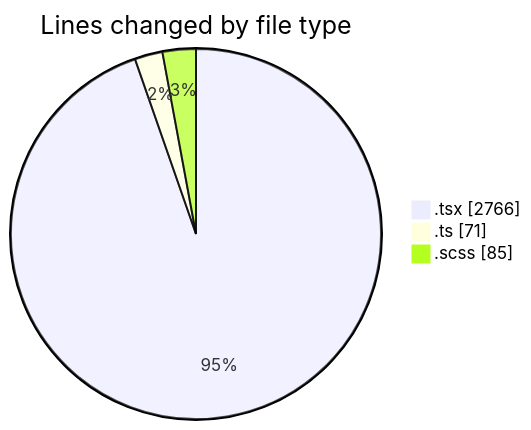
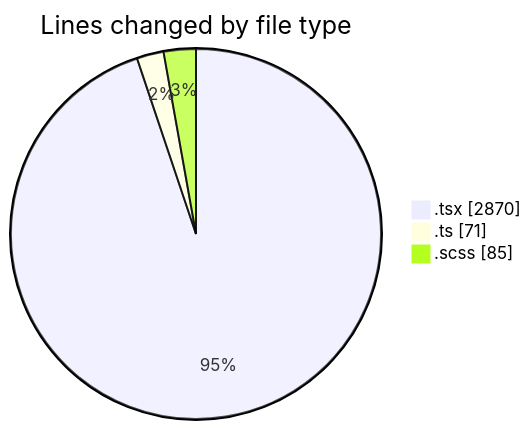
One commit to momahboobian/code-tracking changed the first of 2 diagrams in 2025-02-11/cda/README.md. Above: the diagram before and after it, drawn with Mermaid. The commit also changed other lines of this file and 1 other file, not shown here.

````diff
--- a/2025-02-11/cda/README.md
+++ b/2025-02-11/cda/README.md
@@ -24,7 +24,7 @@
 ```mermaid
 pie showData
 title Lines changed by file type
-".tsx" : 2766
+".tsx" : 2870
 ".ts" : 71
 ".scss" : 85
 ```
````
